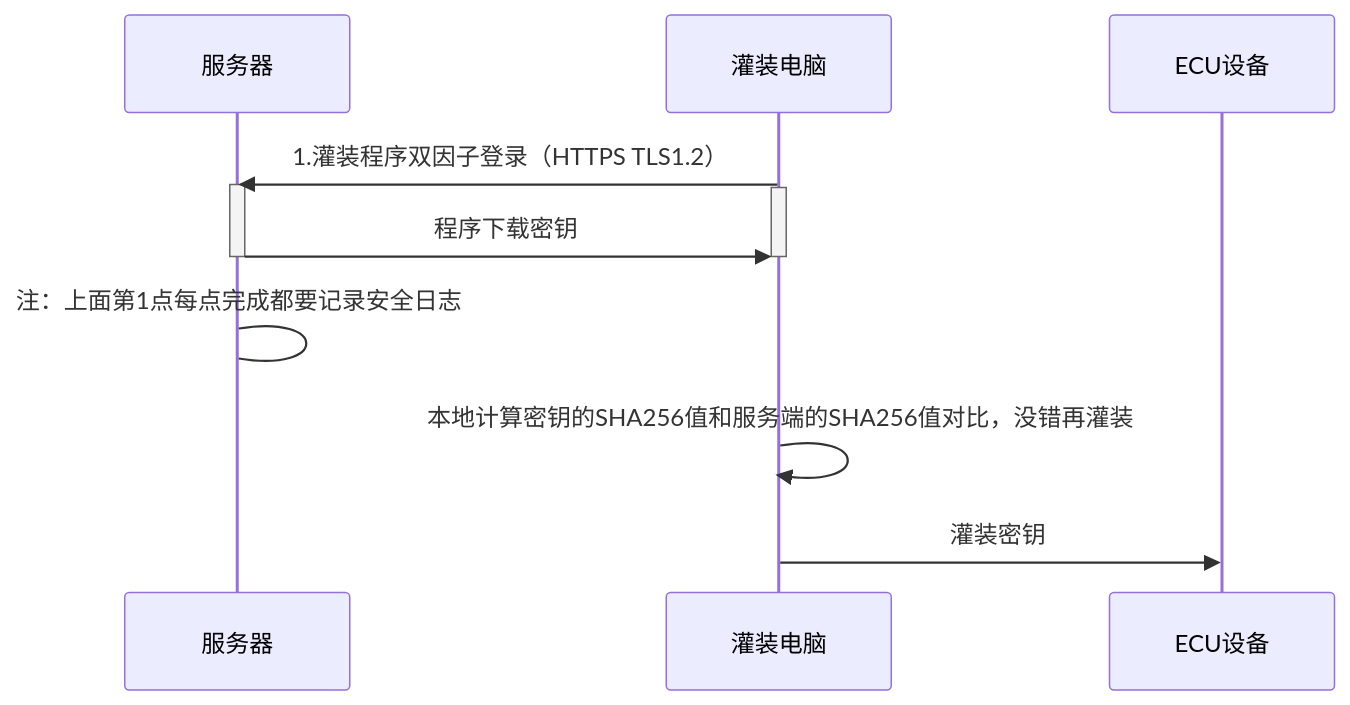
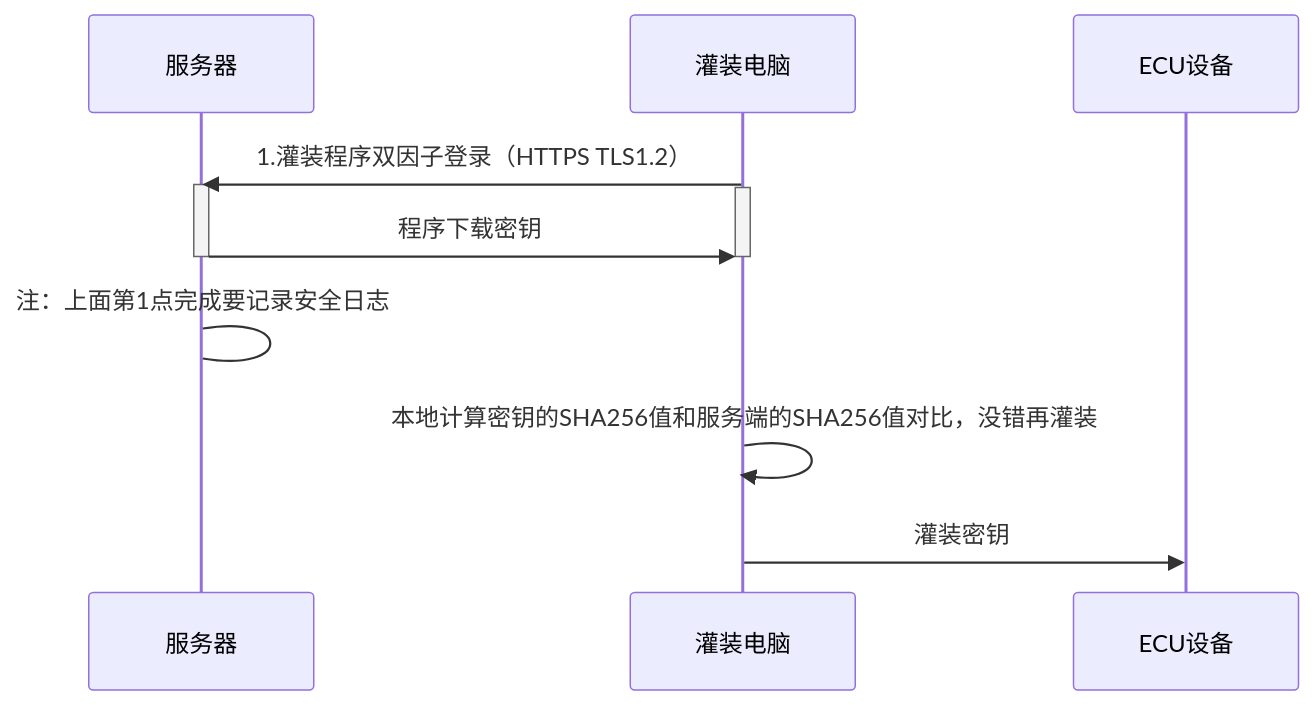
One commit to facebook-cloud/iodraw-files changed the diagram in all/未命名-23.md. Above: the diagram before and after it, drawn with Mermaid.

Commit message:
2026-04-15 17:08:13 update

````diff
--- a/all/未命名-23.md
+++ b/all/未命名-23.md
@@ -1,19 +1,19 @@
 ```mermaid
 sequenceDiagram
   
     participant B as 服务器
     participant D as 灌装电脑
     participant E as ECU设备
 
     D->>B: 1.灌装程序双因子登录（HTTPS TLS1.2）
     activate B
     activate D
     B->>D: 程序下载密钥
     deactivate B
     deactivate D
-    B->B: 注：上面第1点每点完成都要记录安全日志
+    B->B: 注：上面第1点完成要记录安全日志
 
     D->>D:本地计算密钥的SHA256值和服务端的SHA256值对比，没错再灌装
     
     D->>E: 灌装密钥
 ```
````
